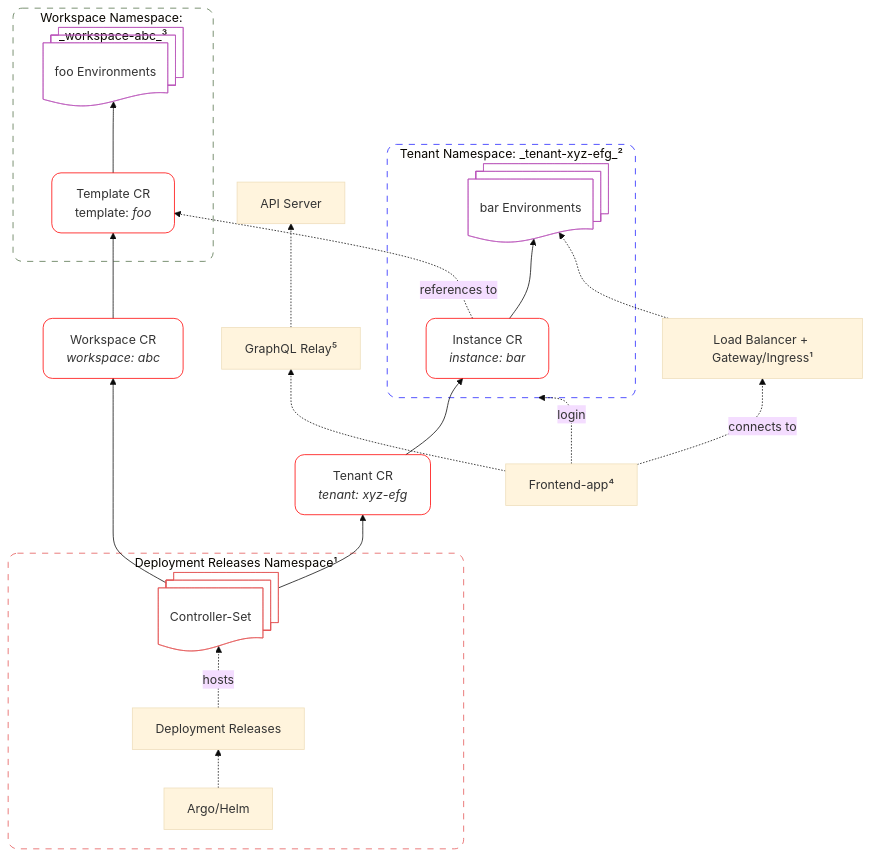
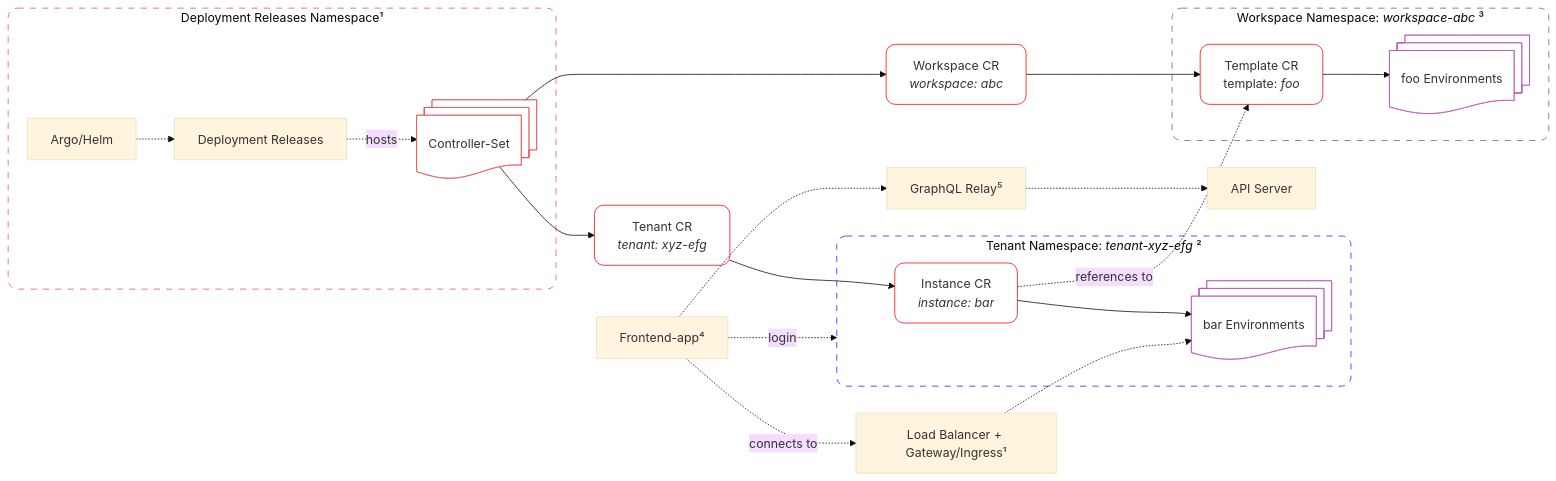
One commit to netgroup-polito/CrownLabs changed the second of 5 diagrams in BIGPICTURE.md. Above: the diagram before and after it, drawn with Mermaid (base theme).

Commit message:
minor fixes

````diff
--- a/BIGPICTURE.md
+++ b/BIGPICTURE.md
@@ -34,61 +34,61 @@
 ```mermaid
-flowchart BT
+flowchart LR
 
 subgraph ReleasesNS["Deployment Releases Namespace¹"]
     Argo["Argo/Helm"]
     Releases["Deployment Releases"]
     Controllers@{shape: docs, label: "Controller-Set"}
 
     Argo .-> Releases -. hosts .-> Controllers
 end
 
 TenantCR["`Tenant CR
 _tenant: xyz-efg_`"]
 Controllers --> TenantCR
-subgraph TenantNS["`Tenant Namespace: _tenant-xyz-efg_²`"]
+subgraph TenantNS["`Tenant Namespace: _tenant-xyz-efg_ ²`"]
     InstanceCR["`Instance CR
         _instance: bar_`"]
     InstanceEnv@{shape: docs, label: "bar Environments"}
 
     InstanceCR --> InstanceEnv
 end
 TenantCR --> InstanceCR
 
 WorkspaceCR["`Workspace CR
 _workspace: abc_`"]
 Controllers --> WorkspaceCR
-subgraph WorkspaceNS["`Workspace Namespace: _workspace-abc_³`"]
+subgraph WorkspaceNS["`Workspace Namespace: _workspace-abc_ ³`"]
     TemplateCR["`Template CR
         template: _foo_`"]
     TemplateEnv@{shape: docs, label: "foo Environments"}
 
     TemplateCR --> TemplateEnv
 end
 WorkspaceCR --> TemplateCR
 InstanceCR -. references to .-> TemplateCR
 
 Frontend["Frontend-app⁴"]
 GraphQL["GraphQL Relay⁵"]
 APIServer["API Server"]
 GWAPI["Load Balancer + Gateway/Ingress¹"]
 
 Frontend -. login .-> TenantNS
 Frontend .-> GraphQL .-> APIServer
 Frontend -. connects to .-> GWAPI
 
 GWAPI .-> InstanceEnv
 
 classDef ControllerDashedBS stroke:#E45756,rx:12,ry:12,fill:none,stroke-dasharray:8
 classDef ControllerBS stroke:#E45756,rx:12,ry:12,fill:none
 classDef WorkspaceDashedBS stroke:#54724B,rx:12,ry:12,fill:none,stroke-dasharray:8
 classDef CustomResourceBS stroke:#FF0000,rx:12,ry:12,fill:none
 classDef TenantDashedBS stroke:#2222FF,rx:12,ry:12,fill:none,stroke-dasharray:8
 classDef InstanceBS stroke:#BB55BB,rx:12,ry:12,fill:none
 
 class ReleasesNS ControllerDashedBS
 class Controllers ControllerBS
 class WorkspaceCR,TenantCR,InstanceCR,TemplateCR CustomResourceBS
 class WorkspaceNS WorkspaceDashedBS
 class TenantNS TenantDashedBS
 class InstanceEnv,TemplateEnv InstanceBS
 ```
````
